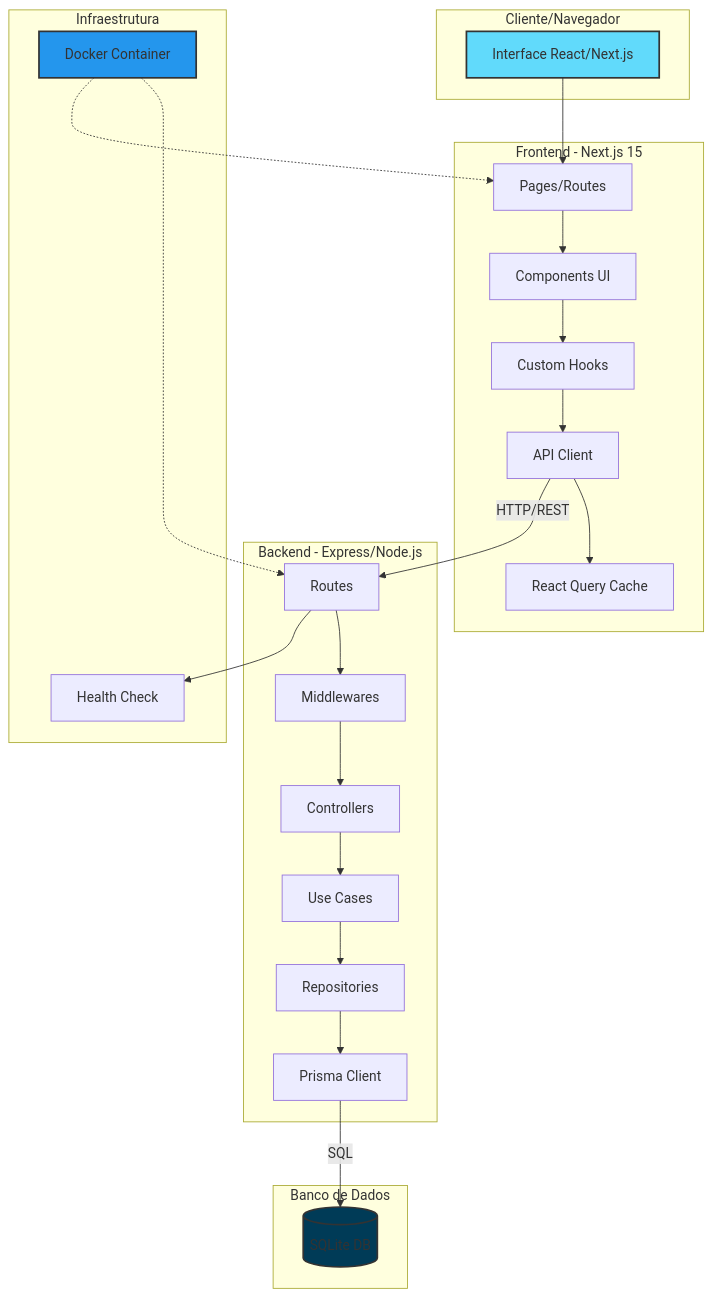
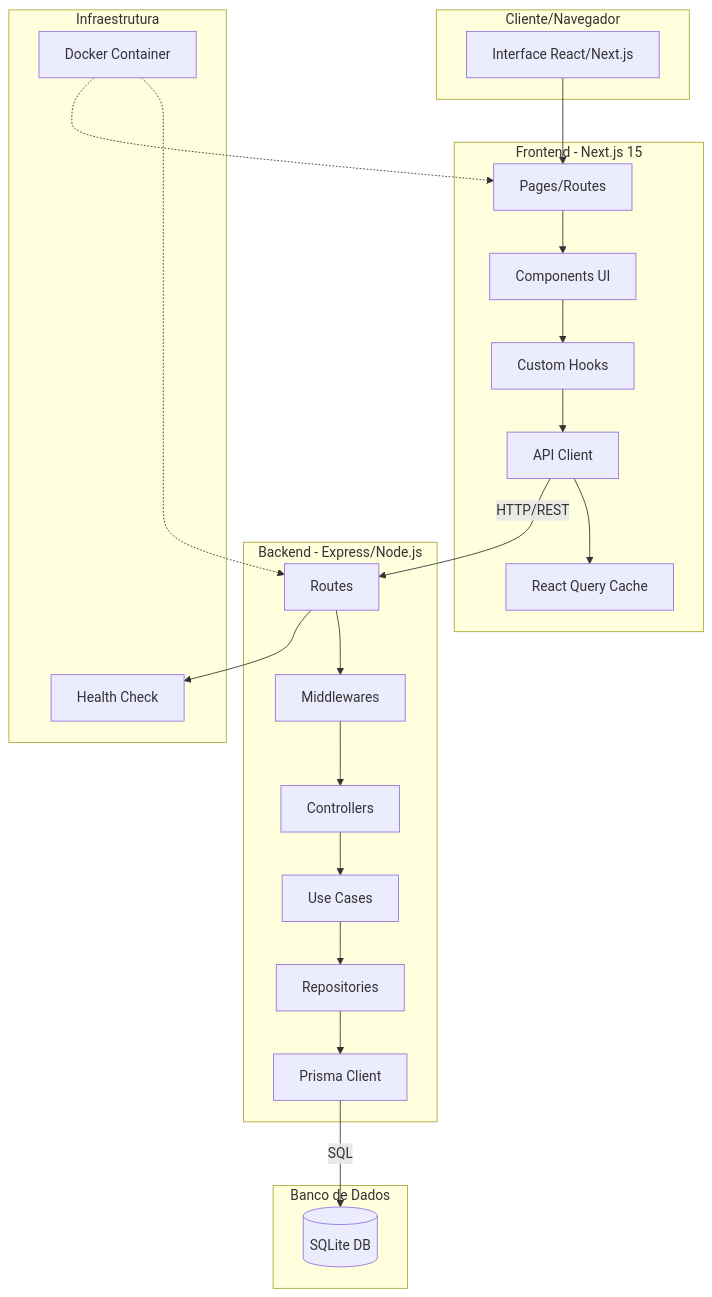
One commit to JPMworkPROG/TodoManager changed the first of 3 diagrams in documentation/diagrams/architecture.md. Above: the diagram before and after it, drawn with Mermaid. The commit also changed other lines of this file and 1 other file, not shown here.

````diff
--- a/documentation/diagrams/architecture.md
+++ b/documentation/diagrams/architecture.md
@@ -5,54 +5,50 @@
 ```mermaid
 graph TB
     subgraph "Cliente/Navegador"
         UI[Interface React/Next.js]
     end
 
     subgraph "Frontend - Next.js 15"
         Pages[Pages/Routes]
         Components[Components UI]
         Hooks[Custom Hooks]
         API_Client[API Client]
         RQ[React Query Cache]
     end
 
     subgraph "Backend - Express/Node.js"
         Routes[Routes]
         Middleware[Middlewares]
         Controllers[Controllers]
         UseCases[Use Cases]
         Repositories[Repositories]
         Prisma[Prisma Client]
     end
 
     subgraph "Banco de Dados"
         SQLite[(SQLite DB)]
     end
 
     subgraph "Infraestrutura"
         Docker[Docker Container]
         Health[Health Check]
     end
 
     UI --> Pages
     Pages --> Components
     Components --> Hooks
     Hooks --> API_Client
     API_Client --> RQ
     API_Client -->|HTTP/REST| Routes
     
     Routes --> Middleware
     Middleware --> Controllers
     Controllers --> UseCases
     UseCases --> Repositories
     Repositories --> Prisma
     Prisma -->|SQL| SQLite
     
     Routes --> Health
     Docker -.-> Routes
     Docker -.-> Pages
-
-    style UI fill:#61dafb,stroke:#333,stroke-width:2px
-    style SQLite fill:#003b57,stroke:#333,stroke-width:2px
-    style Docker fill:#2496ed,stroke:#333,stroke-width:2px
 ```
````
